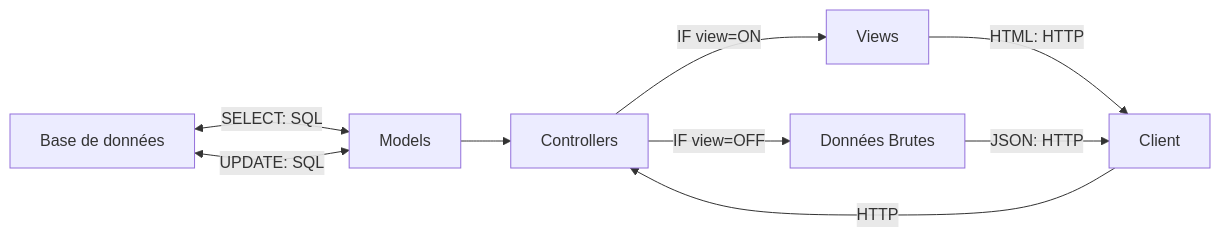
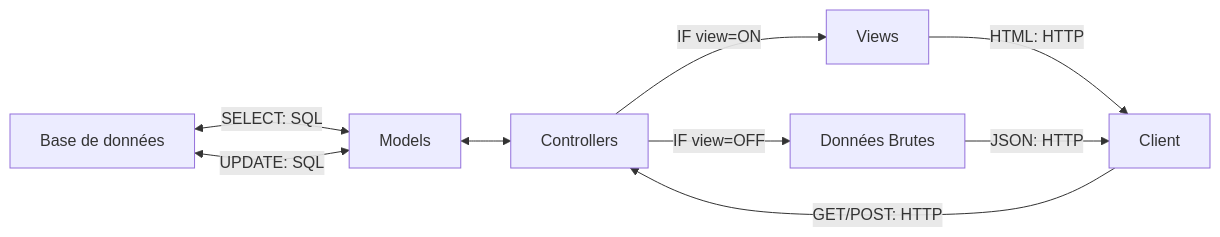
The diagram in README.md (FloRobart/Econoris_server), drawn with Mermaid before and after one commit.

Commit message:
update diagramme

````diff
--- a/README.md
+++ b/README.md
@@ -27,12 +27,12 @@
 ```mermaid
 flowchart LR
 
 A[Base de données] <-->|SELECT: SQL| B[Models]
 A <-->|UPDATE: SQL| B
-B --> C[Controllers]
+B <--> C[Controllers]
 C -->|IF view=ON| D[Views]
 C -->|IF view=OFF| E[Données Brutes]
 D -->|HTML: HTTP| F[Client]
 E -->|JSON: HTTP| F
-F -->|HTTP| C
+F -->|GET/POST: HTTP| C
 ```
````
